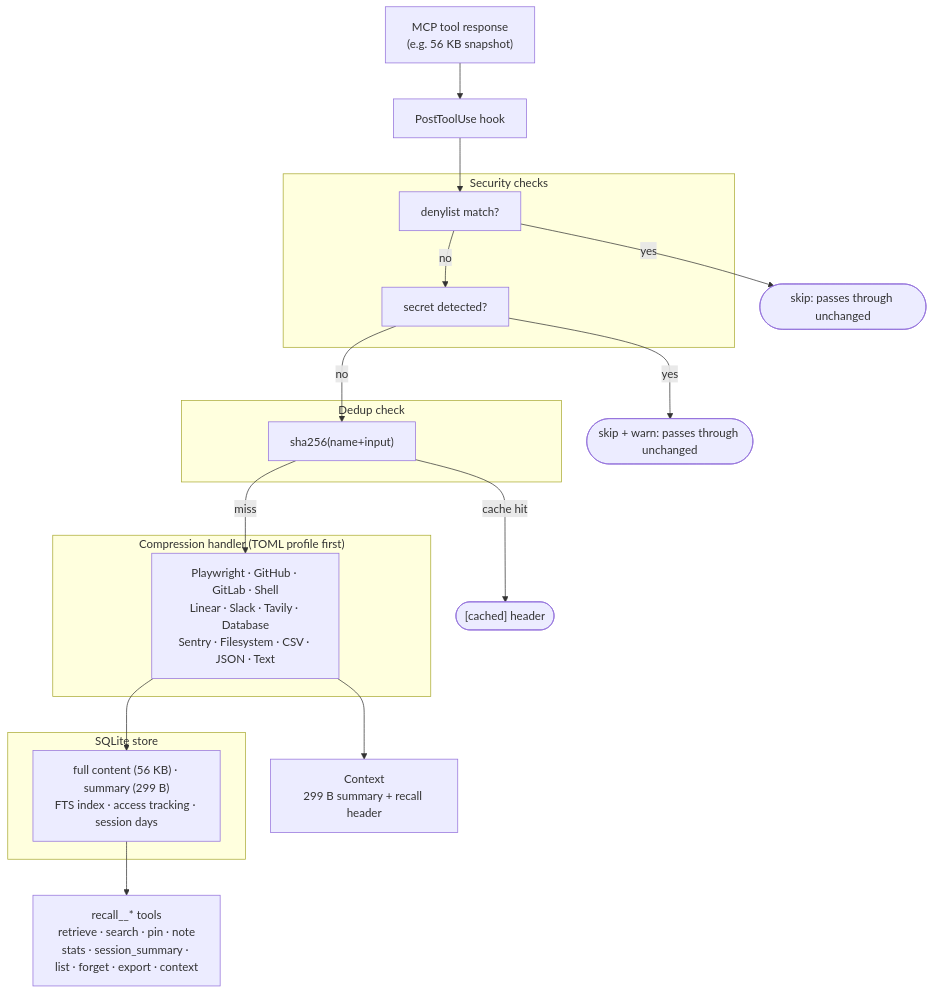
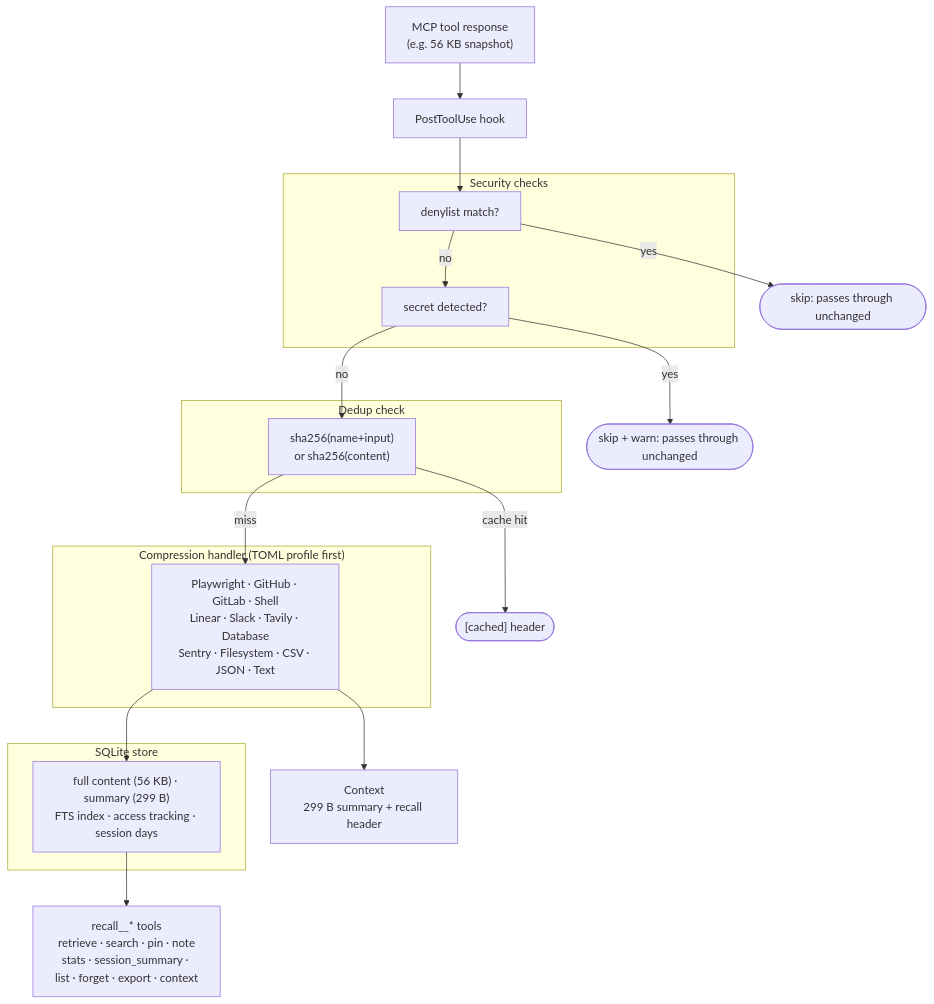
The third of 3 diagrams in README.md (sakebomb/mcp-recall), drawn with Mermaid before and after one commit. The commit also changed other lines of this file and 10 other files, not shown here.

First line of the commit message:
feat: content-hash output dedup + compact JSON summary (#196)

````diff
--- a/README.md
+++ b/README.md
@@ -67,35 +67,35 @@
 ```mermaid
 flowchart TD
     A["MCP tool response<br/>(e.g. 56 KB snapshot)"] --> B[PostToolUse hook]
 
     subgraph SEC["Security checks"]
         DENY[denylist match?]
         SCRT[secret detected?]
     end
 
     B --> DENY
     DENY -- yes --> P1([skip: passes through unchanged])
     DENY -- no --> SCRT
     SCRT -- yes --> P2([skip + warn: passes through unchanged])
     SCRT -- no --> DEDUP_N
 
     subgraph DEDUP["Dedup check"]
-        DEDUP_N["sha256(name+input)"]
+        DEDUP_N["sha256(name+input)<br/>or sha256(content)"]
     end
 
     DEDUP_N -- "cache hit" --> CACHED(["[cached] header"])
     DEDUP_N -- miss --> HAND_N
 
     subgraph HANDLER["Compression handler (TOML profile first)"]
         HAND_N["Playwright · GitHub · GitLab · Shell<br/>Linear · Slack · Tavily · Database<br/>Sentry · Filesystem · CSV · JSON · Text"]
     end
 
     HAND_N --> CTX["Context<br/>299 B summary + recall header"]
     HAND_N --> DB_N
 
     subgraph DB["SQLite store"]
         DB_N["full content (56 KB) · summary (299 B)<br/>FTS index · access tracking · session days"]
     end
 
     DB_N --> TOOLS["recall__* tools<br/>retrieve · search · pin · note<br/>stats · session_summary · list · forget · export · context"]
 ```
````
